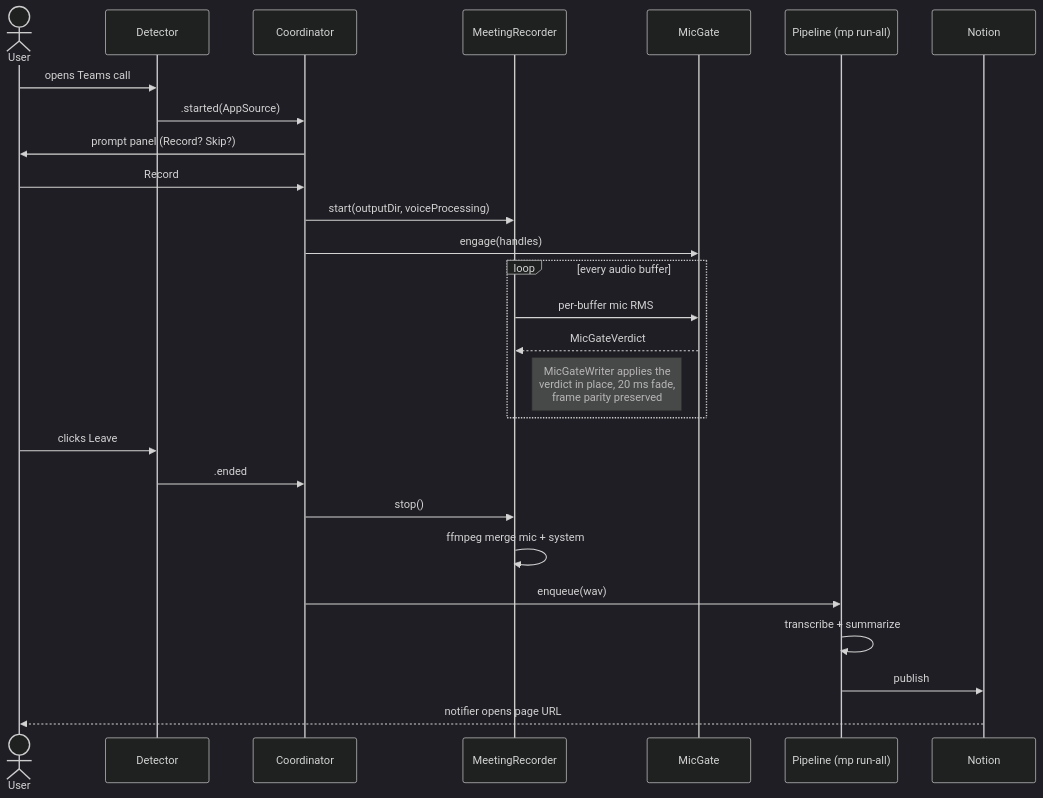
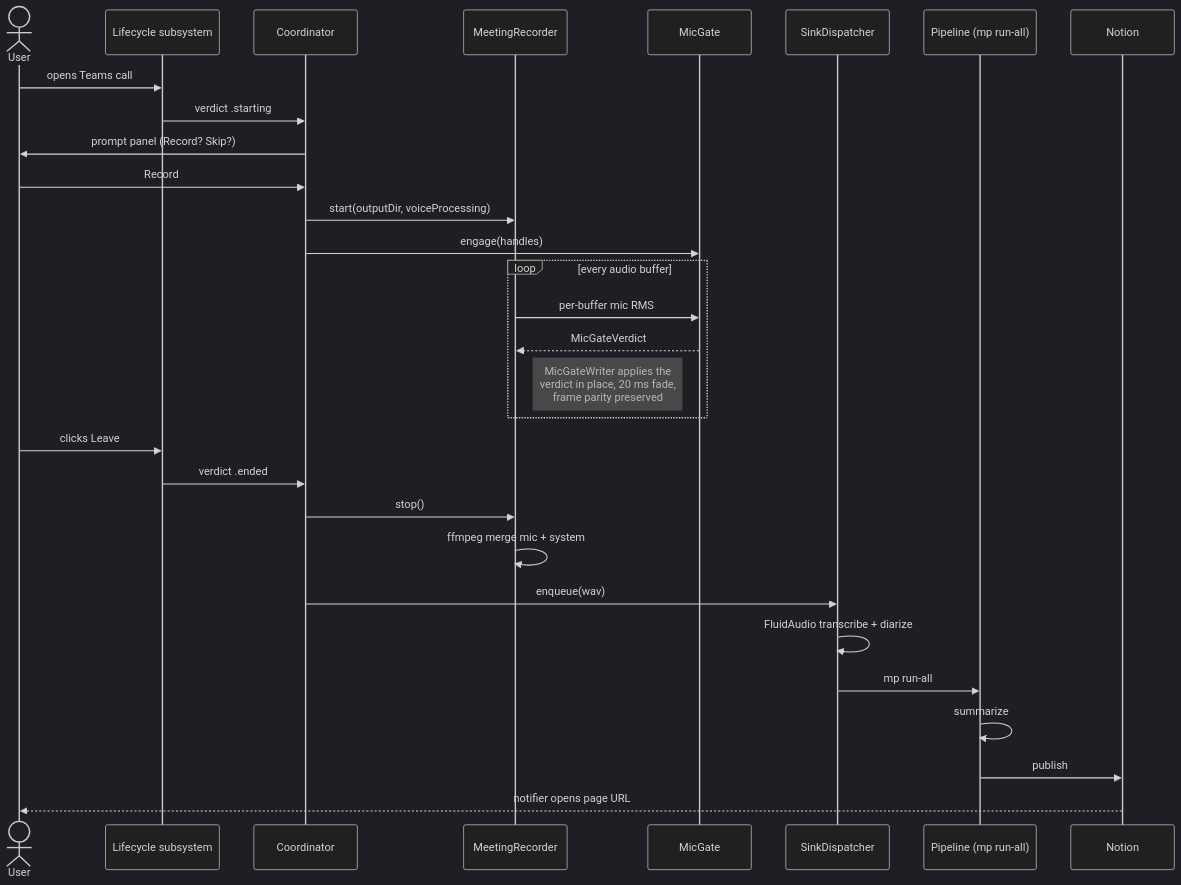
The second of 5 diagrams in ARCHITECTURE.md (ggegelya/meeting-pipe), drawn with Mermaid (dark theme) before and after one commit. The commit also changed other lines of this file and 5 other files, not shown here.

First line of the commit message:
docs: align architecture and convention docs with current subsystems

````diff
--- a/ARCHITECTURE.md
+++ b/ARCHITECTURE.md
@@ -71,30 +73,33 @@
 ```mermaid
 sequenceDiagram
     actor User
-    participant Det as Detector
+    participant LC as Lifecycle subsystem
     participant Coord as Coordinator
     participant Rec as MeetingRecorder
     participant Gate as MicGate
+    participant Sink as SinkDispatcher
     participant Pipe as Pipeline (mp run-all)
     participant N as Notion
 
-    User->>Det: opens Teams call
-    Det->>Coord: .started(AppSource)
+    User->>LC: opens Teams call
+    LC->>Coord: verdict .starting
     Coord->>User: prompt panel (Record? Skip?)
     User->>Coord: Record
     Coord->>Rec: start(outputDir, voiceProcessing)
     Coord->>Gate: engage(handles)
     loop every audio buffer
         Rec->>Gate: per-buffer mic RMS
         Gate-->>Rec: MicGateVerdict
         Note right of Rec: MicGateWriter applies the<br/>verdict in place, 20 ms fade,<br/>frame parity preserved
     end
-    User->>Det: clicks Leave
-    Det->>Coord: .ended
+    User->>LC: clicks Leave
+    LC->>Coord: verdict .ended
     Coord->>Rec: stop()
     Rec->>Rec: ffmpeg merge mic + system
-    Coord->>Pipe: enqueue(wav)
-    Pipe->>Pipe: transcribe + summarize
+    Coord->>Sink: enqueue(wav)
+    Sink->>Sink: FluidAudio transcribe + diarize
+    Sink->>Pipe: mp run-all
+    Pipe->>Pipe: summarize
     Pipe->>N: publish
     N-->>User: notifier opens page URL
 ```
````
